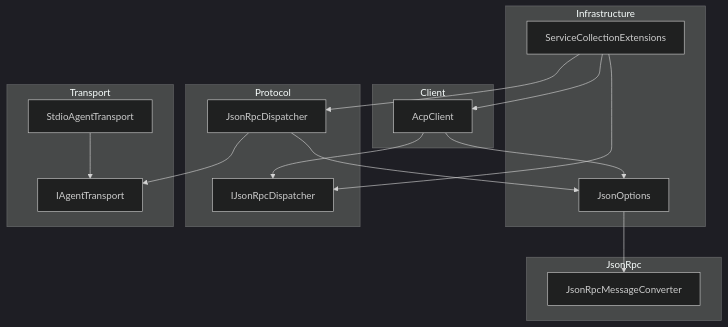
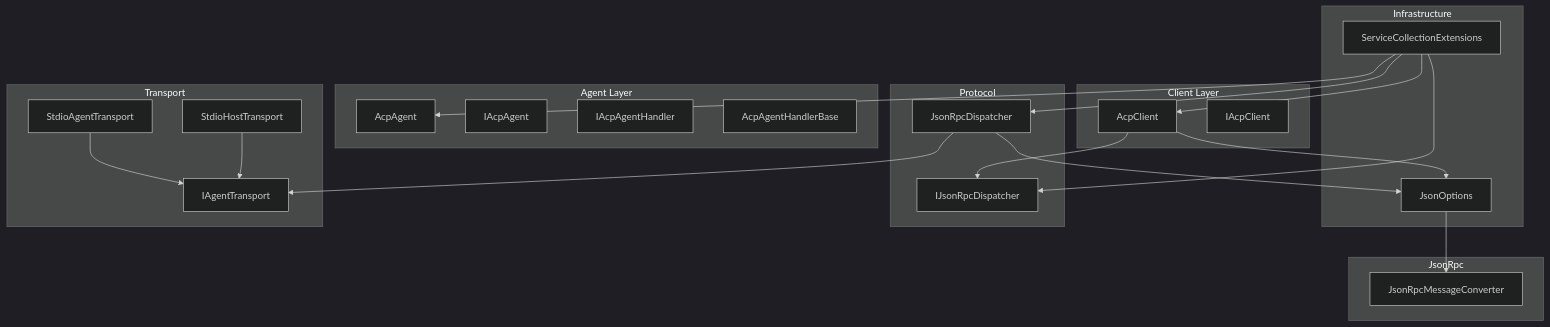
The first of 11 diagrams in .qoder/repowiki/en/content/Configuration and Setup.md (AgenticDesktop/ACPLibrary), drawn with Mermaid (dark theme) before and after one commit. The commit also changed other lines of this file and 63 other files, not shown here.

````diff
--- a/.qoder/repowiki/en/content/Configuration and Setup.md
+++ b/.qoder/repowiki/en/content/Configuration and Setup.md
@@ -47,30 +62,40 @@
 ```mermaid
 graph TB
 subgraph "Infrastructure"
 JO["JsonOptions"]
 SCE["ServiceCollectionExtensions"]
 end
-subgraph "Client"
+subgraph "Client Layer"
 AC["AcpClient"]
+IC["IAcpClient"]
+end
+subgraph "Agent Layer"
+AA["AcpAgent"]
+IA["IAcpAgent"]
+IAH["IAcpAgentHandler"]
+AHB["AcpAgentHandlerBase"]
 end
 subgraph "Protocol"
 IJD["IJsonRpcDispatcher"]
 JRD["JsonRpcDispatcher"]
 end
 subgraph "Transport"
 IAT["IAgentTransport"]
 SAT["StdioAgentTransport"]
+SHT["StdioHostTransport"]
 end
 subgraph "JsonRpc"
 JMC["JsonRpcMessageConverter"]
 end
 JO --> JMC
 AC --> JO
 AC --> IJD
 JRD --> JO
 JRD --> IAT
 SAT --> IAT
+SHT --> IAT
 SCE --> AC
+SCE --> AA
 SCE --> IJD
 SCE --> JRD
 ```
````
